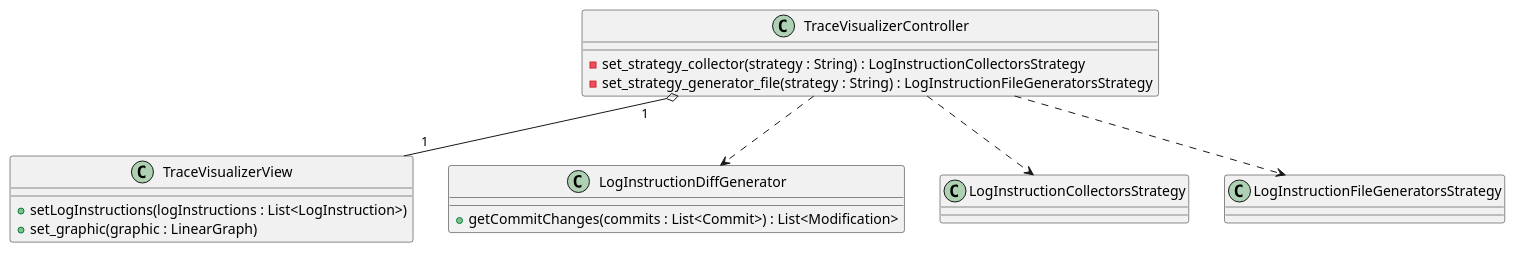
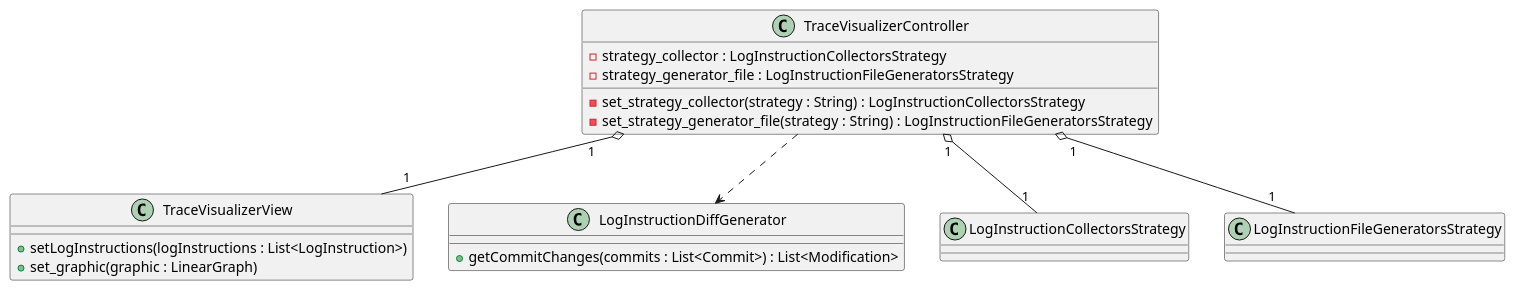
Before and after one commit to woofi7/Outil-de-visualisation-evolution-des-traces-execution: the third of 7 diagrams in doc/classe.puml, drawn with PlantUML. The commit also changed 1 other file, not shown here.

```diff
--- a/doc/classe.puml
+++ b/doc/classe.puml
@@ -68,22 +68,24 @@
 @startuml TraceVisualizerController
     class TraceVisualizerController{
+        - strategy_collector : LogInstructionCollectorsStrategy
+        - strategy_generator_file : LogInstructionFileGeneratorsStrategy
         - set_strategy_collector(strategy : String) : LogInstructionCollectorsStrategy
         - set_strategy_generator_file(strategy : String) : LogInstructionFileGeneratorsStrategy
     }
 
     class TraceVisualizerView{
         + setLogInstructions(logInstructions : List<LogInstruction>)
         + set_graphic(graphic : LinearGraph)
     }
 
     class LogInstructionDiffGenerator{
         + getCommitChanges(commits : List<Commit>) : List<Modification>
     }
 
     TraceVisualizerController "1" o-- "1" TraceVisualizerView
     TraceVisualizerController ..> LogInstructionDiffGenerator
-    TraceVisualizerController ..> LogInstructionCollectorsStrategy
-    TraceVisualizerController ..> LogInstructionFileGeneratorsStrategy
+    TraceVisualizerController "1" o-- "1" LogInstructionCollectorsStrategy
+    TraceVisualizerController "1" o-- "1" LogInstructionFileGeneratorsStrategy
 
 
 @enduml
```
